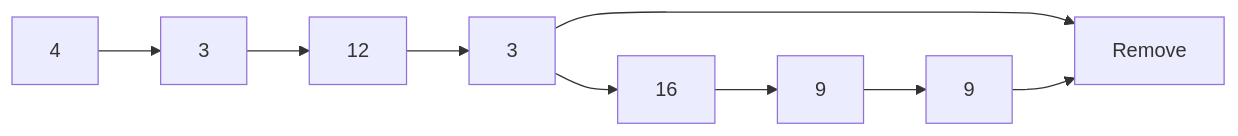
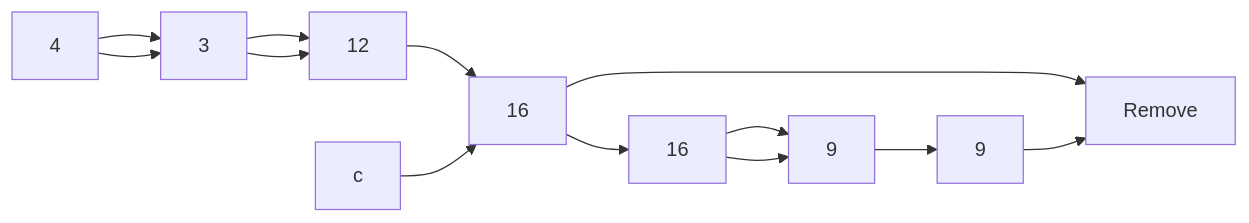
Before and after one commit to Jeffrey-S-Smith/reading-notes-401: the second of 5 diagrams in remove-duplicates-from-a-linked-list.md, drawn with Mermaid.

````diff
--- a/remove-duplicates-from-a-linked-list.md
+++ b/remove-duplicates-from-a-linked-list.md
@@ -31,10 +31,14 @@
 ```mermaid
     graph LR
     A[4] --> B[3]
     B --> C[12]
     C --> D[3] --> Remove
     D --> E[16]
     E --> F[9]
     F --> G[9] --> Remove
-    
+
+     A[4] --> B[3]
+      B --> C[12]
+      c --> D[16]
+      E --> F[9]
 ```
````
